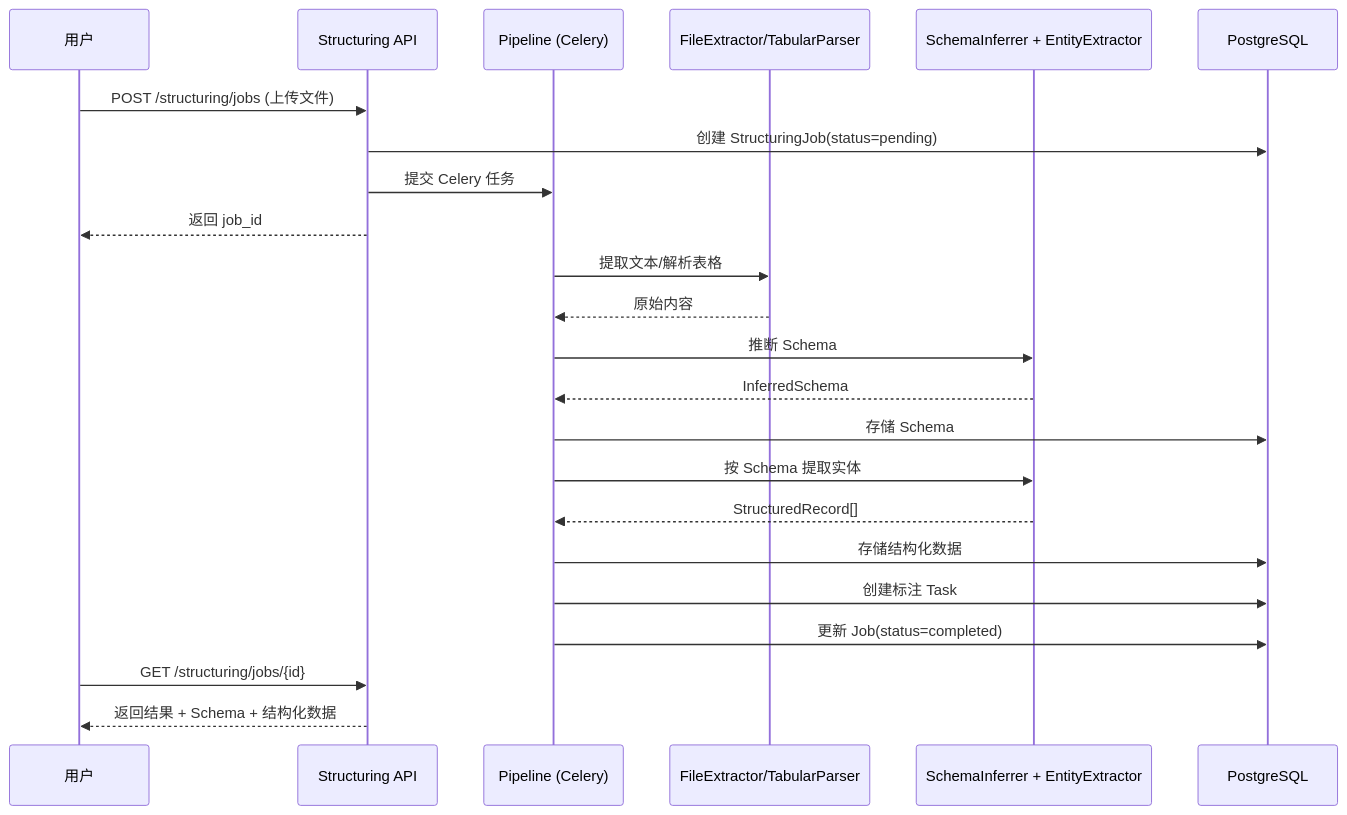
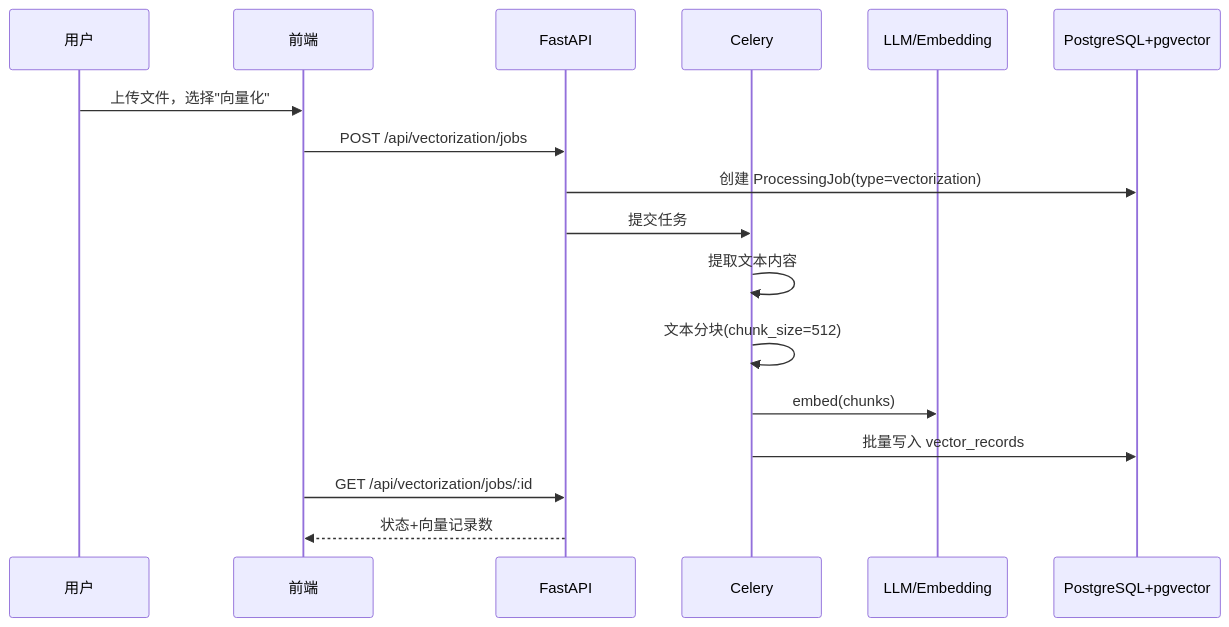
Before and after one commit to Angus1976/superinsight1225: the second of 2 diagrams in .kiro/specs/ai-data-structuring/design.md, drawn with Mermaid. The commit also changed other lines of this file and 36 other files, not shown here.

````diff
--- a/.kiro/specs/ai-data-structuring/design.md
+++ b/.kiro/specs/ai-data-structuring/design.md
@@ -61,28 +41,20 @@
 ```mermaid
 sequenceDiagram
     participant U as 用户
-    participant API as Structuring API
-    participant P as Pipeline (Celery)
-    participant FE as FileExtractor/TabularParser
-    participant LLM as SchemaInferrer + EntityExtractor
-    participant DB as PostgreSQL
+    participant FE as 前端
+    participant API as FastAPI
+    participant CQ as Celery
+    participant LLM as LLM/Embedding
+    participant DB as PostgreSQL+pgvector
 
-    U->>API: POST /structuring/jobs (上传文件)
-    API->>DB: 创建 StructuringJob(status=pending)
-    API->>P: 提交 Celery 任务
-    API-->>U: 返回 job_id
-
-    P->>FE: 提取文本/解析表格
-    FE-->>P: 原始内容
-    P->>LLM: 推断 Schema
-    LLM-->>P: InferredSchema
-    P->>DB: 存储 Schema
-    P->>LLM: 按 Schema 提取实体
-    LLM-->>P: StructuredRecord[]
-    P->>DB: 存储结构化数据
-    P->>DB: 创建标注 Task
-    P->>DB: 更新 Job(status=completed)
-
-    U->>API: GET /structuring/jobs/{id}
-    API-->>U: 返回结果 + Schema + 结构化数据
+    U->>FE: 上传文件，选择"向量化"
+    FE->>API: POST /api/vectorization/jobs
+    API->>DB: 创建 ProcessingJob(type=vectorization)
+    API->>CQ: 提交任务
+    CQ->>CQ: 提取文本内容
+    CQ->>CQ: 文本分块(chunk_size=512)
+    CQ->>LLM: embed(chunks)
+    CQ->>DB: 批量写入 vector_records
+    FE->>API: GET /api/vectorization/jobs/:id
+    API-->>FE: 状态+向量记录数
 ```
````
